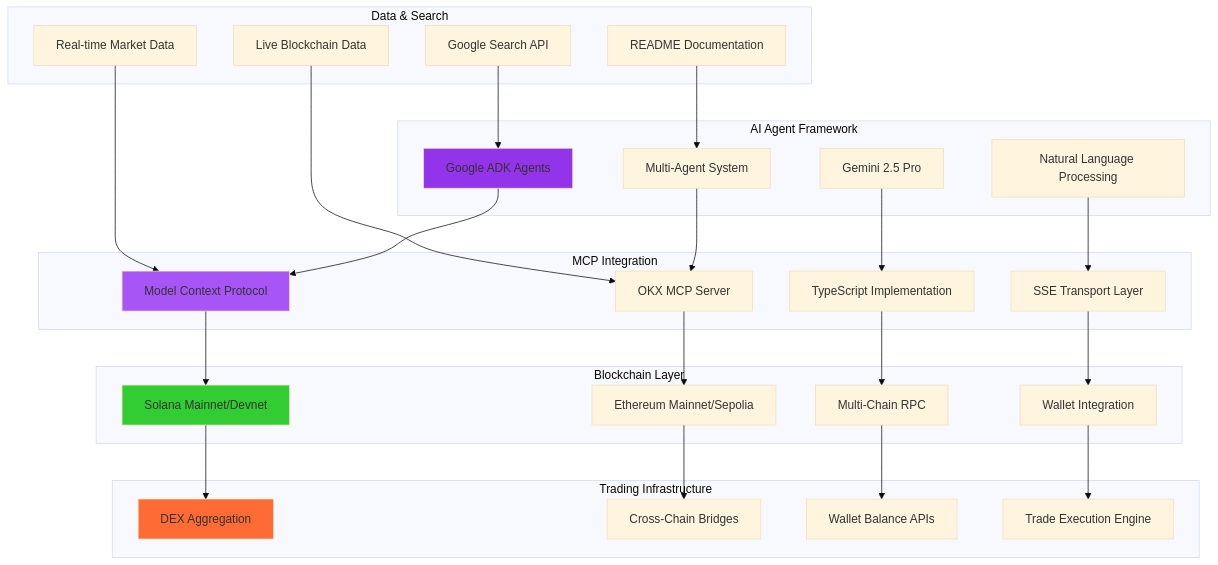
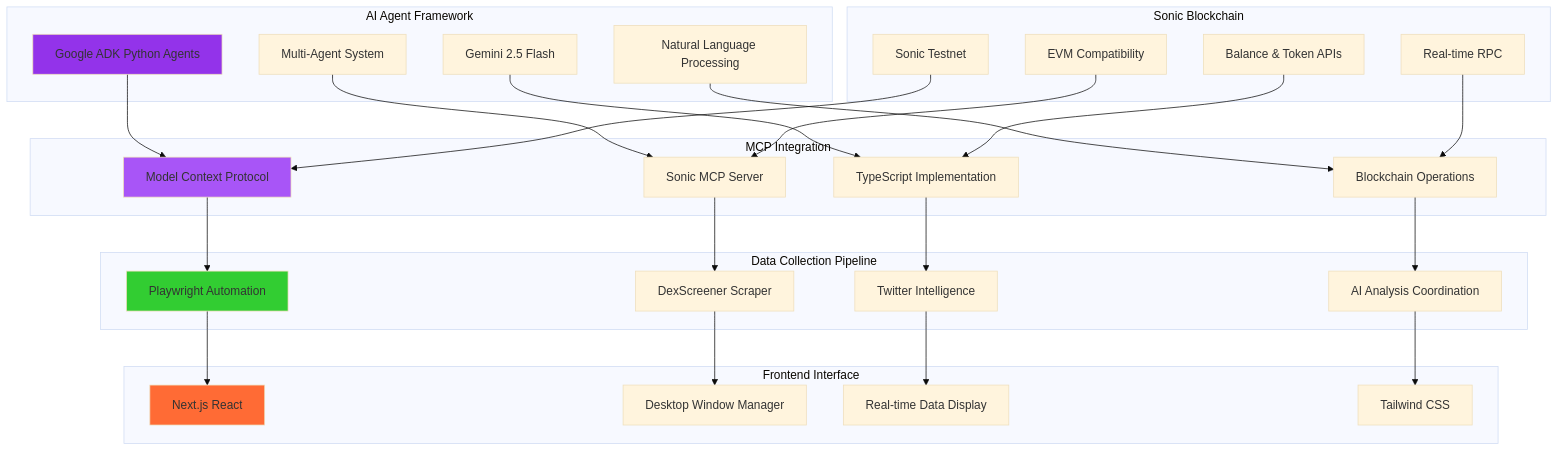
The fifth of 8 diagrams in README.md (Spydiecy/Trendpup_Sonic), drawn with Mermaid (base theme) before and after one commit. The commit also changed other lines of this file and 1 other file, not shown here.

````diff
--- a/README.md
+++ b/README.md
@@ -409,62 +374,62 @@
 ```mermaid
 graph TB
     subgraph "AI Agent Framework"
-        A[Google ADK Agents]
+        A[Google ADK Python Agents]
         B[Multi-Agent System]
-        C[Gemini 2.5 Pro]
+        C[Gemini 2.5 Flash]
         D[Natural Language Processing]
     end
     
     subgraph "MCP Integration"
         E[Model Context Protocol]
-        F[OKX MCP Server]
+        F[Sonic MCP Server]
         G[TypeScript Implementation]
-        H[SSE Transport Layer]
+        H[Blockchain Operations]
     end
     
-    subgraph "Blockchain Layer"
-        I[Solana Mainnet/Devnet]
-        J[Ethereum Mainnet/Sepolia]
-        K[Multi-Chain RPC]
-        L[Wallet Integration]
+    subgraph "Data Collection Pipeline"
+        I[Playwright Automation]
+        J[DexScreener Scraper]
+        K[Twitter Intelligence]
+        L[AI Analysis Coordination]
     end
     
-    subgraph "Data & Search"
-        M[Google Search API]
-        N[Real-time Market Data]
-        O[README Documentation]
-        P[Live Blockchain Data]
+    subgraph "Frontend Interface"
+        M[Next.js React]
+        N[Desktop Window Manager]
+        O[Real-time Data Display]
+        P[Tailwind CSS]
     end
     
-    subgraph "Trading Infrastructure"
-        Q[DEX Aggregation]
-        R[Cross-Chain Bridges]
-        S[Wallet Balance APIs]
-        T[Trade Execution Engine]
+    subgraph "Sonic Blockchain"
+        Q[Sonic Testnet]
+        R[EVM Compatibility]
+        S[Balance & Token APIs]
+        T[Real-time RPC]
     end
     
     A --> E
     B --> F
     C --> G
     D --> H
     
     E --> I
     F --> J
     G --> K
     H --> L
     
-    I --> Q
-    J --> R
-    K --> S
-    L --> T
+    I --> M
+    J --> N
+    K --> O
+    L --> P
     
-    M --> A
-    N --> E
-    O --> B
-    P --> F
+    Q --> E
+    R --> F
+    S --> G
+    T --> H
     
     style A fill:#9333ea
     style E fill:#a855f7
     style I fill:#32cd32
-    style Q fill:#ff6b35
+    style M fill:#ff6b35
 ```
````
